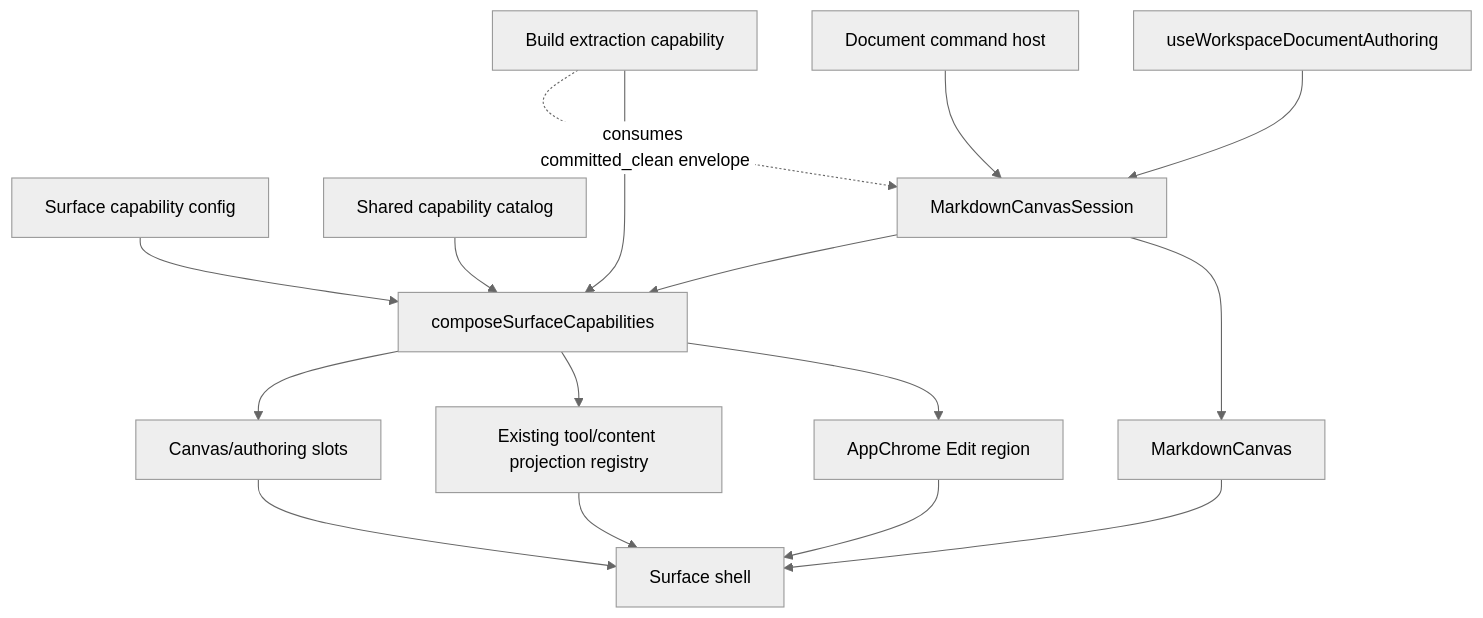
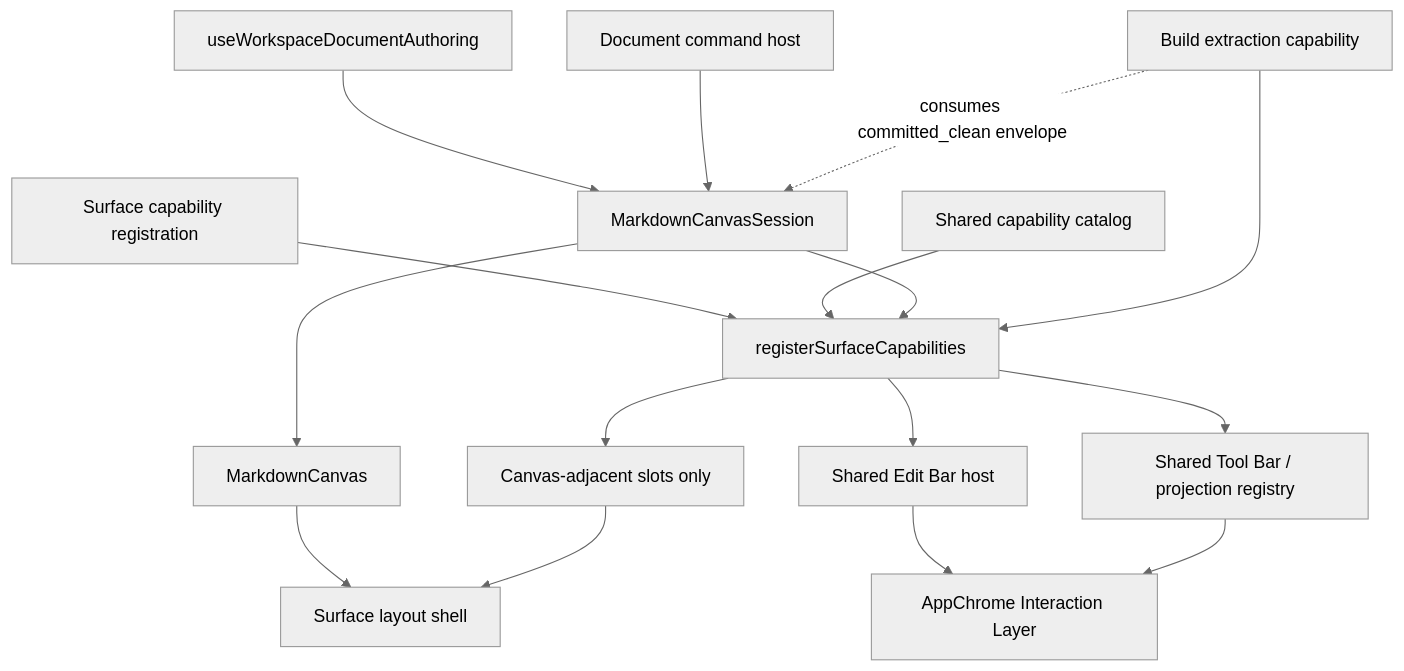
The diagram in Docs/Design/DESIGN-shared-markdown-canvas-surface-composition.md (Drakosfire/DungeonMindBuddy), drawn with Mermaid (neutral theme) before and after one commit. The commit also changed other lines of this file and 27 other files, not shown here.

First line of the commit message:
docs(ui): establish shared interaction-layer authority

````diff
--- a/Docs/Design/DESIGN-shared-markdown-canvas-surface-composition.md
+++ b/Docs/Design/DESIGN-shared-markdown-canvas-surface-composition.md
@@ -225,22 +239,22 @@
 ```mermaid
 flowchart TB
-  config["Surface capability config"] --> compose["composeSurfaceCapabilities"]
-  catalog["Shared capability catalog"] --> compose
+  config["Surface capability registration"] --> register["registerSurfaceCapabilities"]
+  catalog["Shared capability catalog"] --> register
 
   hook["useWorkspaceDocumentAuthoring"] --> session["MarkdownCanvasSession"]
   commands["Document command host"] --> session
   session --> canvas["MarkdownCanvas"]
 
-  compose --> edit["AppChrome Edit region"]
-  compose --> tools["Existing tool/content projection registry"]
-  compose --> slots["Canvas/authoring slots"]
+  register --> edit["Shared Edit Bar host"]
+  register --> tools["Shared Tool Bar / projection registry"]
+  register --> slots["Canvas-adjacent slots only"]
 
-  session --> compose
-  canvas --> shell["Surface shell"]
-  edit --> shell
-  tools --> shell
+  session --> register
+  canvas --> shell["Surface layout shell"]
+  edit --> appChrome["AppChrome Interaction Layer"]
+  tools --> appChrome
   slots --> shell
 
-  buildPlugin["Build extraction capability"] --> compose
+  buildPlugin["Build extraction capability"] --> register
   buildPlugin -. "consumes committed_clean envelope" .-> session
 ```
````
